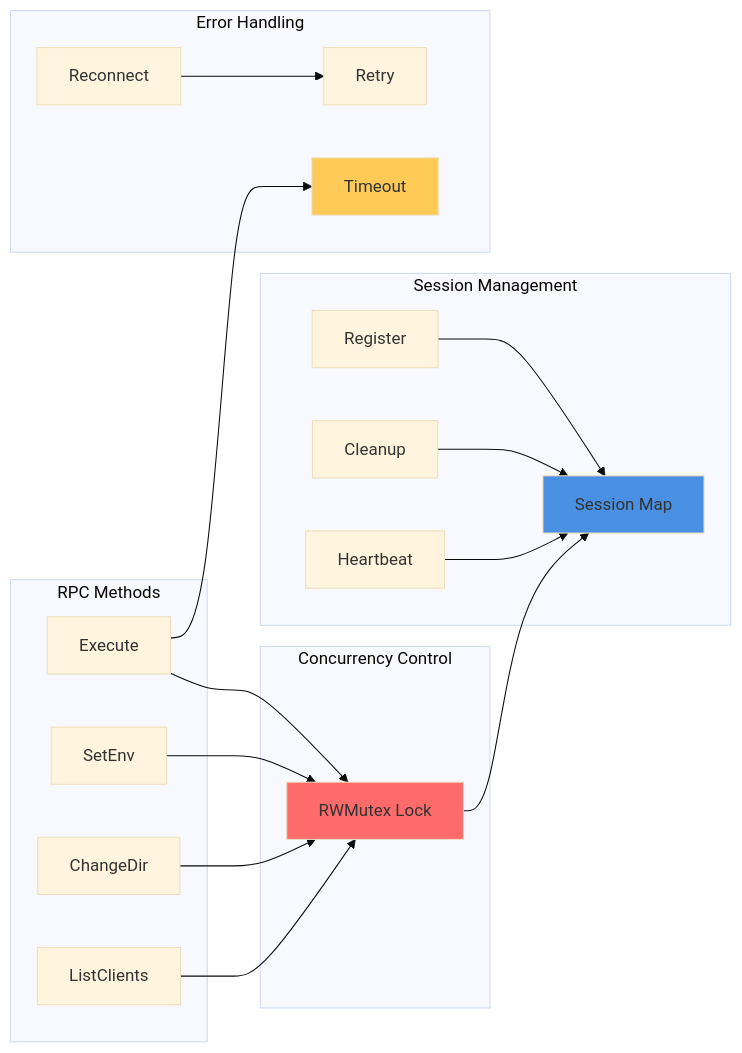
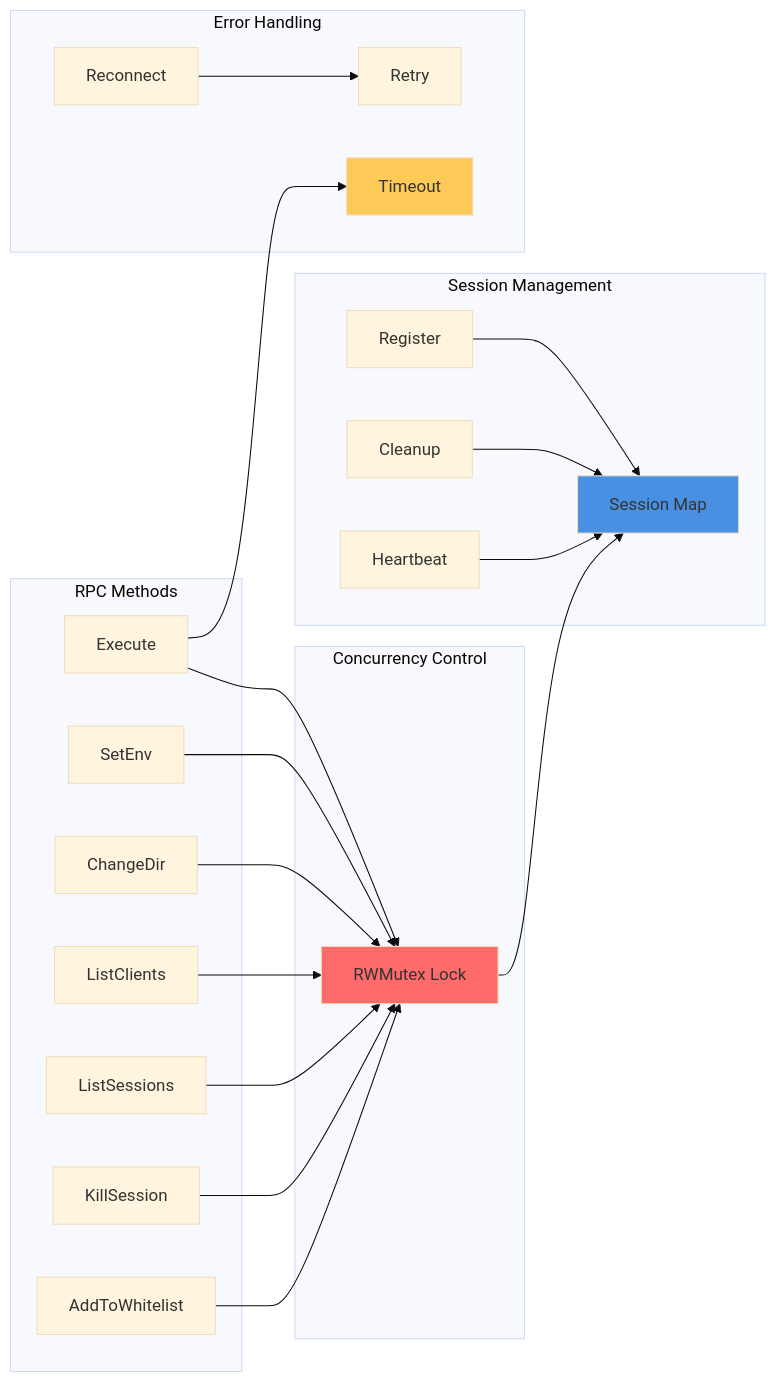
One commit to tanyb123/ds2026 changed the fifth of 6 diagrams in midterm-group-project/ARCHITECTURE.md. Above: the diagram before and after it, drawn with Mermaid (base theme). The commit also changed other lines of this file, not shown here.

Commit message:
Update architecture diagrams for admin RPC and whitelist

````diff
--- a/midterm-group-project/ARCHITECTURE.md
+++ b/midterm-group-project/ARCHITECTURE.md
@@ -180,43 +180,49 @@
 ```mermaid
 graph LR
     subgraph "Concurrency Control"
         MUTEX[RWMutex Lock]
     end
     
     subgraph "Session Management"
         MAP[Session Map]
         REGISTER[Register]
         CLEANUP[Cleanup]
         HEARTBEAT[Heartbeat]
     end
     
     subgraph "RPC Methods"
         EXEC[Execute]
         SETENV[SetEnv]
         CHDIR[ChangeDir]
         LIST[ListClients]
+        LISTSESS[ListSessions]
+        KILL[KillSession]
+        WL[AddToWhitelist]
     end
     
     subgraph "Error Handling"
         RECONNECT[Reconnect]
         TIMEOUT[Timeout]
         RETRY[Retry]
     end
     
     MUTEX --> MAP
     REGISTER --> MAP
     CLEANUP --> MAP
     HEARTBEAT --> MAP
     
     EXEC --> MUTEX
     SETENV --> MUTEX
     CHDIR --> MUTEX
     LIST --> MUTEX
+    LISTSESS --> MUTEX
+    KILL --> MUTEX
+    WL --> MUTEX
     
     EXEC --> TIMEOUT
     RECONNECT --> RETRY
     
     style MUTEX fill:#ff6b6b
     style MAP fill:#4a90e2
     style TIMEOUT fill:#feca57
 ```
````
